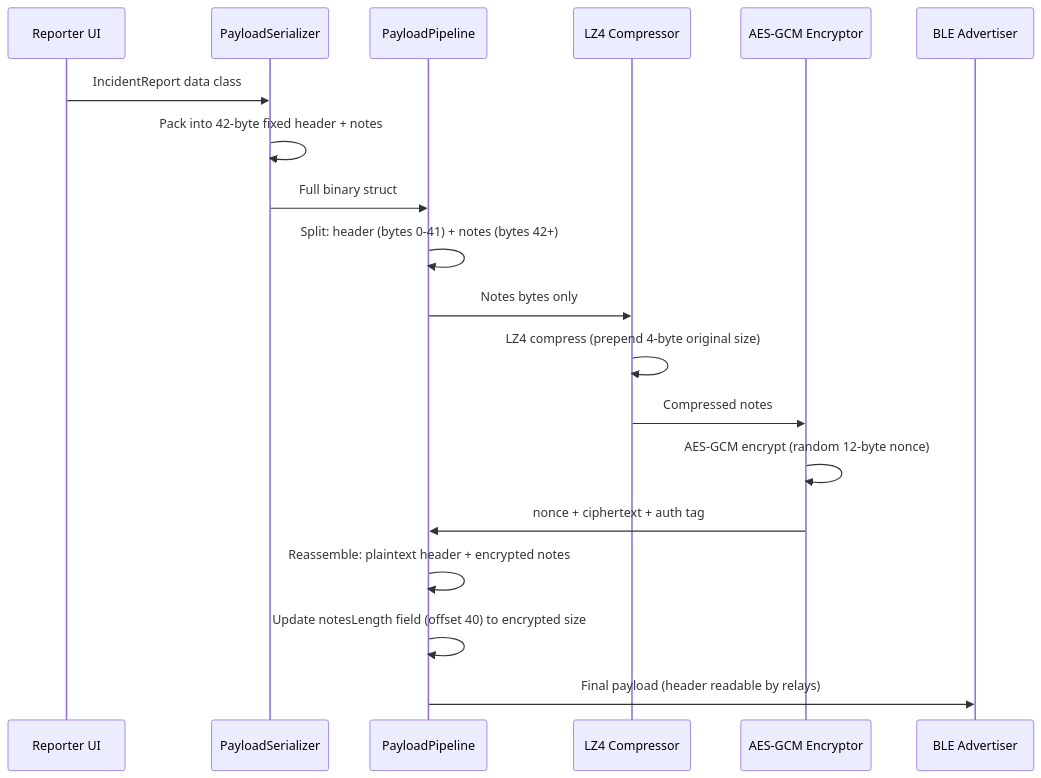
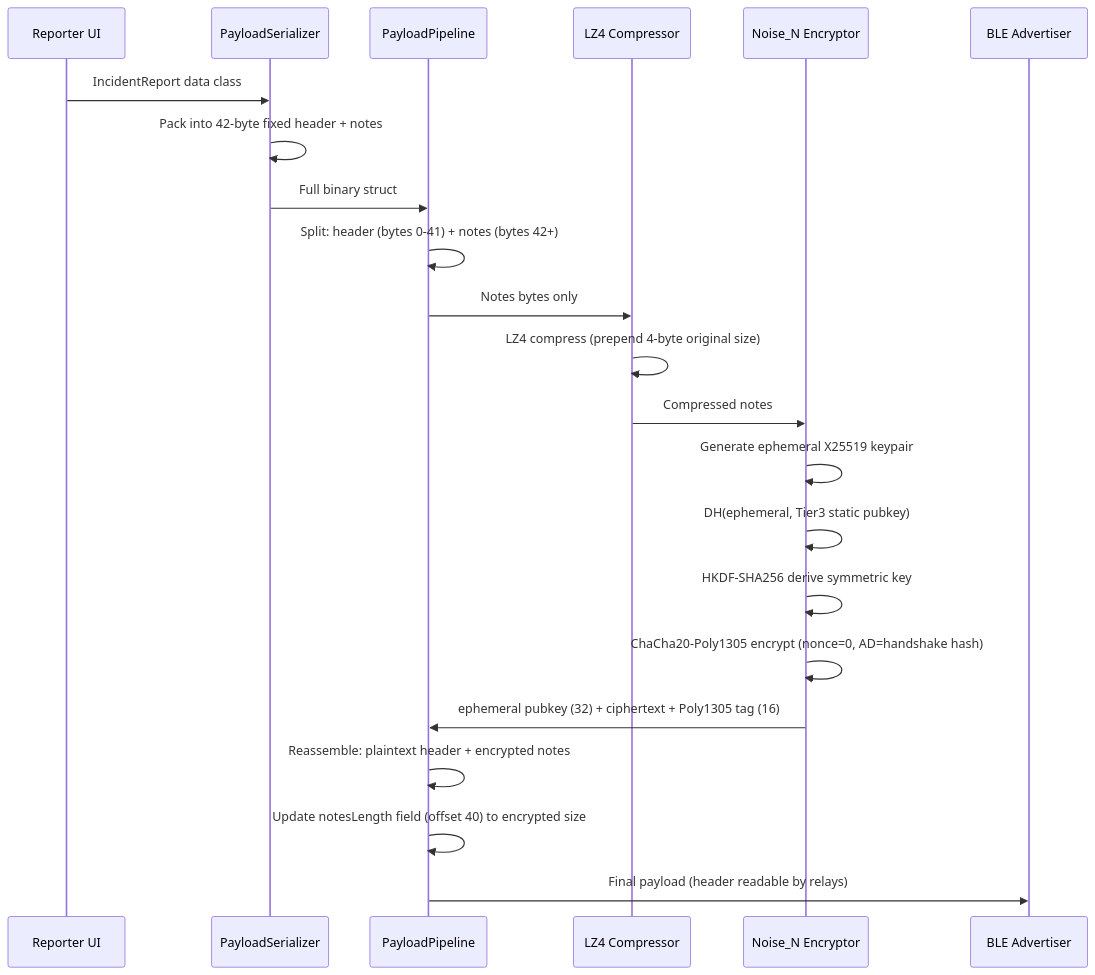
One commit to AniruddhaK07/Emergency-Mesh-V1 changed the fifth of 6 diagrams in docs/WIRING.md. Above: the diagram before and after it, drawn with Mermaid. The commit also changed other lines of this file and 9 other files, not shown here.

````diff
--- a/docs/WIRING.md
+++ b/docs/WIRING.md
@@ -132,22 +132,25 @@
 ```mermaid
 sequenceDiagram
     participant UI as Reporter UI
     participant Ser as PayloadSerializer
     participant Pipe as PayloadPipeline
     participant Comp as LZ4 Compressor
-    participant Enc as AES-GCM Encryptor
+    participant Enc as Noise_N Encryptor
     participant BLE as BLE Advertiser
 
     UI->>Ser: IncidentReport data class
     Ser->>Ser: Pack into 42-byte fixed header + notes
     Ser->>Pipe: Full binary struct
     Pipe->>Pipe: Split: header (bytes 0-41) + notes (bytes 42+)
     Pipe->>Comp: Notes bytes only
     Comp->>Comp: LZ4 compress (prepend 4-byte original size)
     Comp->>Enc: Compressed notes
-    Enc->>Enc: AES-GCM encrypt (random 12-byte nonce)
-    Enc->>Pipe: nonce + ciphertext + auth tag
+    Enc->>Enc: Generate ephemeral X25519 keypair
+    Enc->>Enc: DH(ephemeral, Tier3 static pubkey)
+    Enc->>Enc: HKDF-SHA256 derive symmetric key
+    Enc->>Enc: ChaCha20-Poly1305 encrypt (nonce=0, AD=handshake hash)
+    Enc->>Pipe: ephemeral pubkey (32) + ciphertext + Poly1305 tag (16)
     Pipe->>Pipe: Reassemble: plaintext header + encrypted notes
     Pipe->>Pipe: Update notesLength field (offset 40) to encrypted size
     Pipe->>BLE: Final payload (header readable by relays)
 ```
````
